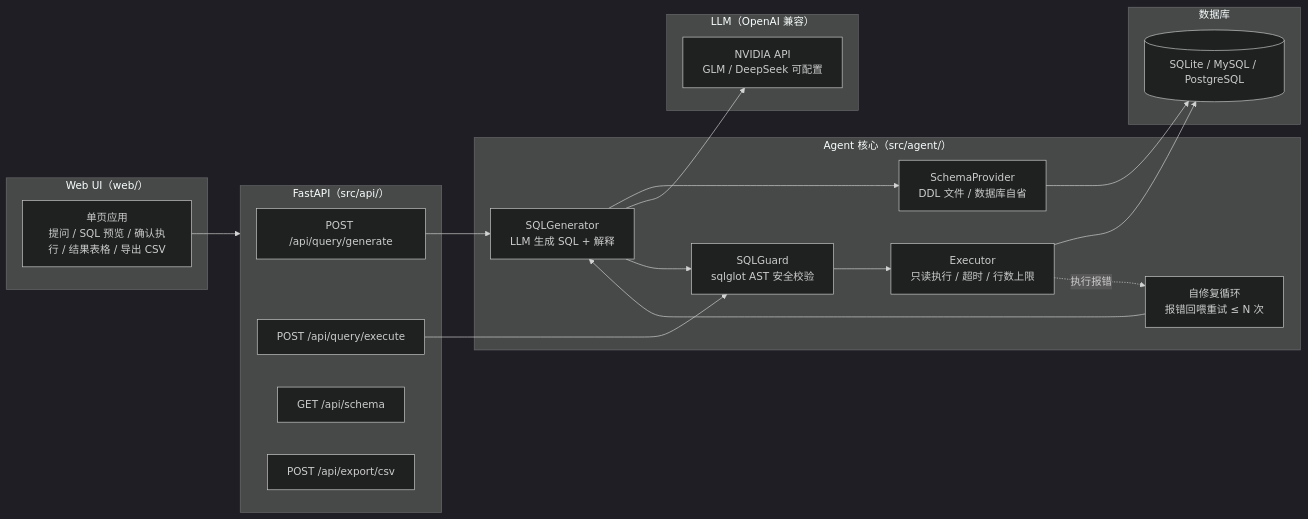
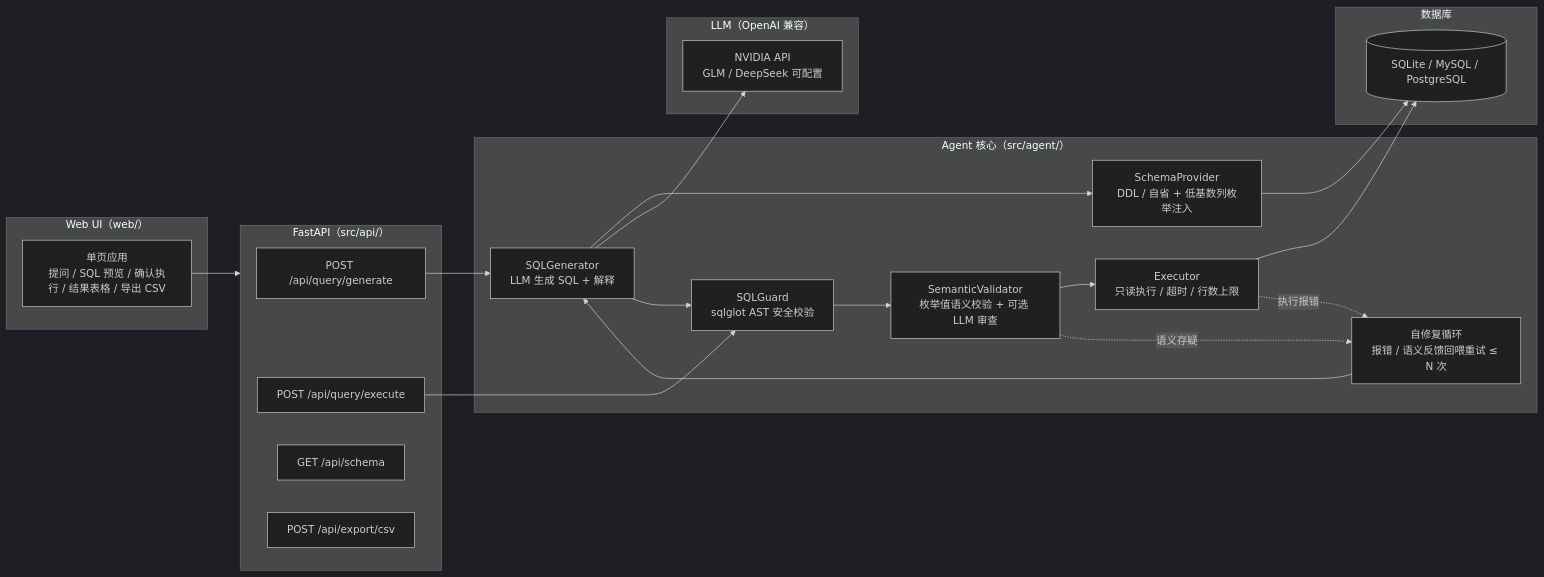
The first of 2 diagrams in docs/design.md (edward-zhaods/nl2sql-agent), drawn with Mermaid (dark theme) before and after one commit. The commit also changed other lines of this file and 12 other files, not shown here.

````diff
--- a/docs/design.md
+++ b/docs/design.md
@@ -10,41 +10,44 @@
 ```mermaid
 flowchart LR
     subgraph Web["Web UI（web/）"]
         UI[单页应用<br/>提问 / SQL 预览 / 确认执行 / 结果表格 / 导出 CSV]
     end
 
     subgraph API["FastAPI（src/api/）"]
         R1[POST /api/query/generate]
         R2[POST /api/query/execute]
         R3[GET /api/schema]
         R4[POST /api/export/csv]
     end
 
     subgraph Agent["Agent 核心（src/agent/）"]
-        SP[SchemaProvider<br/>DDL 文件 / 数据库自省]
+        SP[SchemaProvider<br/>DDL / 自省 + 低基数列枚举注入]
         GEN[SQLGenerator<br/>LLM 生成 SQL + 解释]
         GUARD[SQLGuard<br/>sqlglot AST 安全校验]
+        VALID[SemanticValidator<br/>枚举值语义校验 + 可选 LLM 审查]
         EXEC[Executor<br/>只读执行 / 超时 / 行数上限]
-        REPAIR[自修复循环<br/>报错回喂重试 ≤ N 次]
+        REPAIR[自修复循环<br/>报错 / 语义反馈回喂重试 ≤ N 次]
     end
 
     subgraph LLM["LLM（OpenAI 兼容）"]
         NV[NVIDIA API<br/>GLM / DeepSeek 可配置]
     end
 
     subgraph DB["数据库"]
         SQLITE[(SQLite / MySQL / PostgreSQL)]
     end
 
     UI --> API
     R1 --> GEN
     GEN --> SP
     GEN --> NV
     GEN --> GUARD
+    GUARD --> VALID
     R2 --> GUARD
-    GUARD --> EXEC
+    VALID --> EXEC
     EXEC --> SQLITE
     EXEC -. 执行报错 .-> REPAIR
+    VALID -. 语义存疑 .-> REPAIR
     REPAIR --> GEN
     SP --> SQLITE
 ```
````
